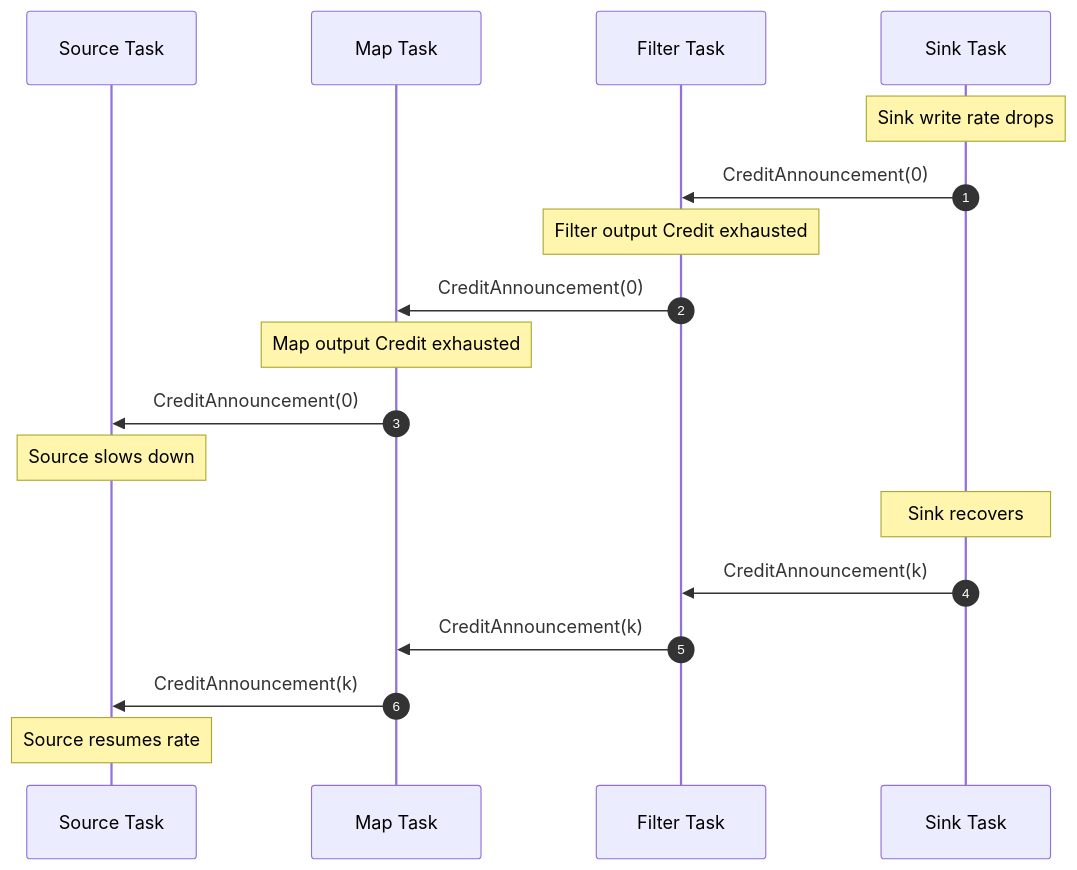
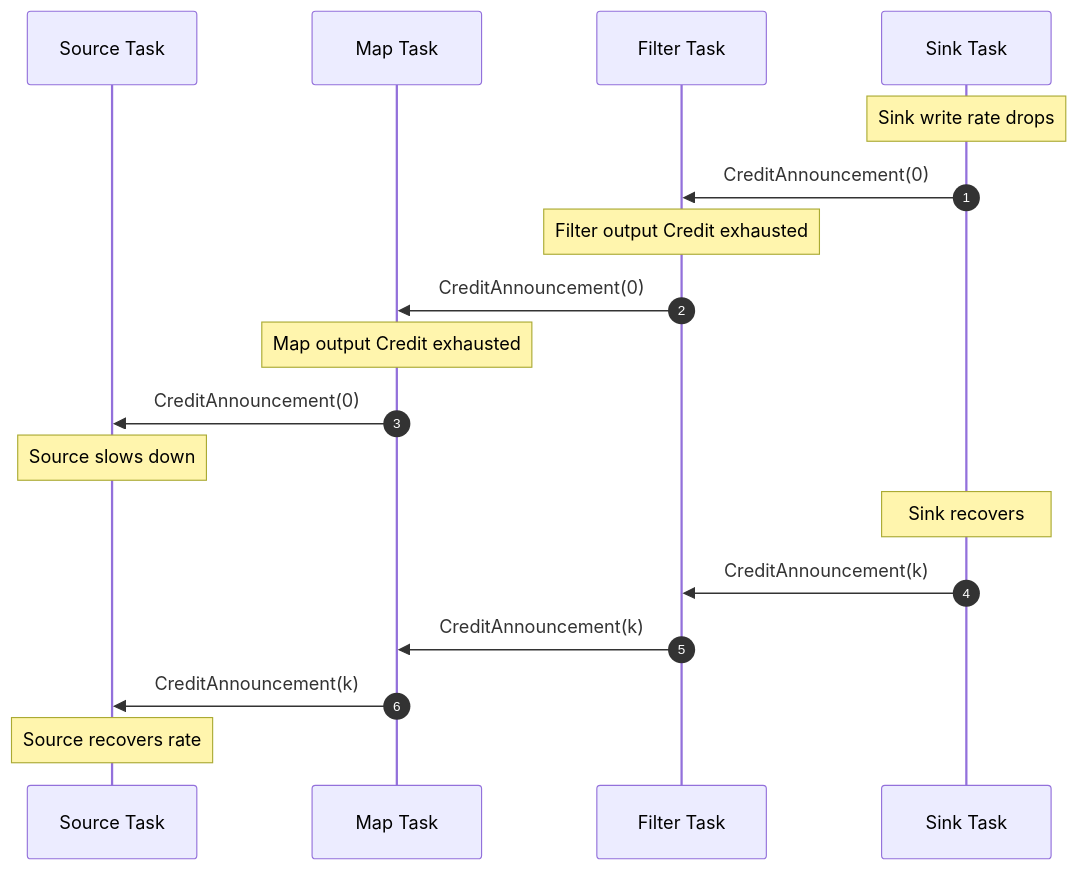
The first of 3 diagrams in i18n/en/Flink/02-core/backpressure-and-flow-control-en.md (AdaMartin18010/AnalysisDataFlow), drawn with Mermaid before and after one commit. The commit also changed other lines of this file and 679 other files, not shown here.

````diff
--- a/i18n/en/Flink/02-core/backpressure-and-flow-control-en.md
+++ b/i18n/en/Flink/02-core/backpressure-and-flow-control-en.md
@@ -311,22 +430,22 @@
 ```mermaid
 sequenceDiagram
     autonumber
     participant SRC as Source Task
     participant MAP as Map Task
     participant FIL as Filter Task
     participant SNK as Sink Task
 
     Note over SNK: Sink write rate drops
     SNK->>FIL: CreditAnnouncement(0)
     Note over FIL: Filter output Credit exhausted
     FIL->>MAP: CreditAnnouncement(0)
     Note over MAP: Map output Credit exhausted
     MAP->>SRC: CreditAnnouncement(0)
     Note over SRC: Source slows down
 
     Note over SNK: Sink recovers
     SNK->>FIL: CreditAnnouncement(k)
     FIL->>MAP: CreditAnnouncement(k)
     MAP->>SRC: CreditAnnouncement(k)
-    Note over SRC: Source resumes rate
+    Note over SRC: Source recovers rate
 ```
````
